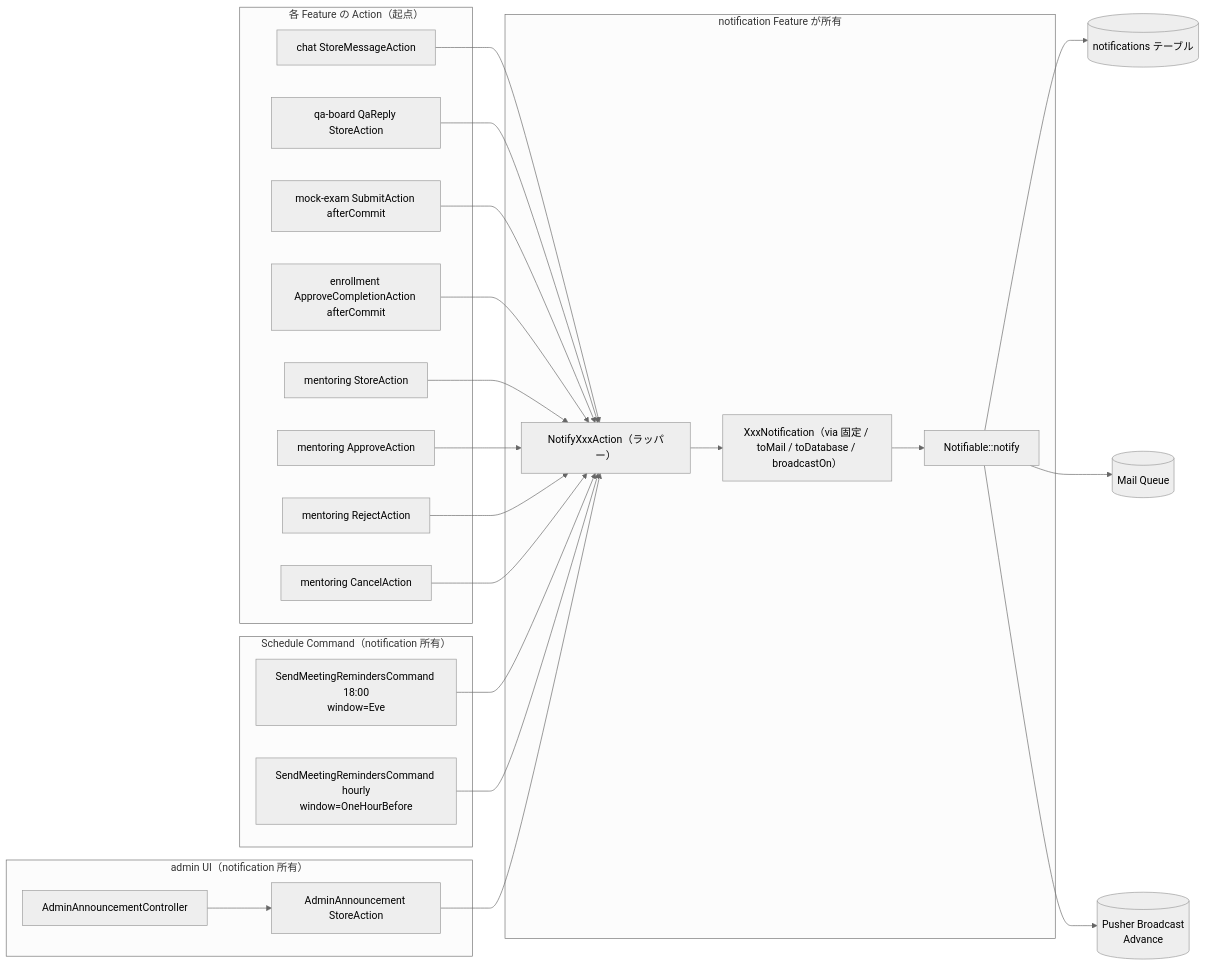
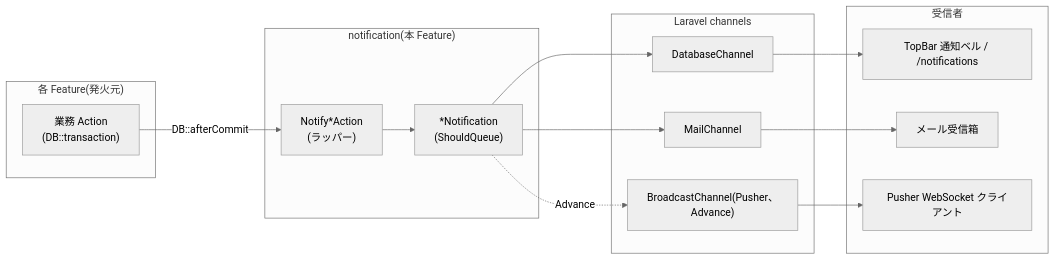
The first of 4 diagrams in docs/specs/notification/design.md (coachtech-mockcase-second/ExampleAnswer-mockcase-CertifyLMS), drawn with Mermaid (neutral theme) before and after one commit. The commit also changed other lines of this file and 67 other files, not shown here.

````diff
--- a/docs/specs/notification/design.md
+++ b/docs/specs/notification/design.md
@@ -11,47 +48,26 @@
 ```mermaid
 flowchart LR
-    subgraph trigger["各 Feature の Action（起点）"]
-        ChatA["chat StoreMessageAction"]
-        QaA["qa-board QaReply StoreAction"]
-        MockA["mock-exam SubmitAction afterCommit"]
-        EnrollA["enrollment ApproveCompletionAction afterCommit"]
-        MeetReq["mentoring StoreAction"]
-        MeetApp["mentoring ApproveAction"]
-        MeetRej["mentoring RejectAction"]
-        MeetCan["mentoring CancelAction"]
+    subgraph FeatureA["各 Feature(発火元)"]
+        ActionA["業務 Action<br/>(DB::transaction)"]
+    end
+    subgraph Notification["notification(本 Feature)"]
+        NotifyAction["Notify*Action<br/>(ラッパー)"]
+        NotificationClass["*Notification<br/>(ShouldQueue)"]
+    end
+    subgraph Channels["Laravel channels"]
+        DBChan["DatabaseChannel"]
+        MailChan["MailChannel"]
+        BroadcastChan["BroadcastChannel(Pusher、Advance)"]
+    end
+    subgraph Receivers["受信者"]
+        UI["TopBar 通知ベル / /notifications"]
+        InboxMail["メール受信箱"]
+        PusherClient["Pusher WebSocket クライアント"]
     end
 
-    subgraph notification["notification Feature が所有"]
-        Wrap["NotifyXxxAction（ラッパー）"]
-        NotifClass["XxxNotification（via 固定 / toMail / toDatabase / broadcastOn）"]
-        Notify["Notifiable::notify"]
-    end
-
-    subgraph schedule["Schedule Command（notification 所有）"]
-        MeetRemEve["SendMeetingRemindersCommand 18:00<br/>window=Eve"]
-        MeetRemHour["SendMeetingRemindersCommand hourly<br/>window=OneHourBefore"]
-    end
-
-    subgraph admin["admin UI（notification 所有）"]
-        AnnUI["AdminAnnouncementController"]
-        AnnA["AdminAnnouncement StoreAction"]
-    end
-
-    ChatA --> Wrap
-    QaA --> Wrap
-    MockA --> Wrap
-    EnrollA --> Wrap
-    MeetReq --> Wrap
-    MeetApp --> Wrap
-    MeetRej --> Wrap
-    MeetCan --> Wrap
-    MeetRemEve --> Wrap
-    MeetRemHour --> Wrap
-    AnnUI --> AnnA --> Wrap
-
-    Wrap --> NotifClass
-    NotifClass --> Notify
-    Notify --> DB[("notifications テーブル")]
-    Notify --> MailQ[("Mail Queue")]
-    Notify --> Pusher[("Pusher Broadcast<br/>Advance")]
+    ActionA -- DB::afterCommit --> NotifyAction
+    NotifyAction --> NotificationClass
+    NotificationClass --> DBChan --> UI
+    NotificationClass --> MailChan --> InboxMail
+    NotificationClass -.Advance.-> BroadcastChan --> PusherClient
 ```
````
